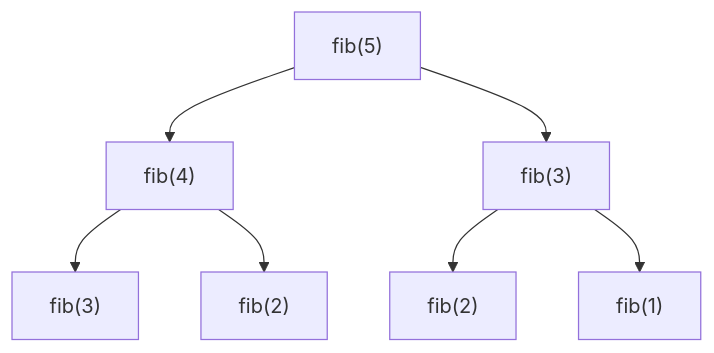
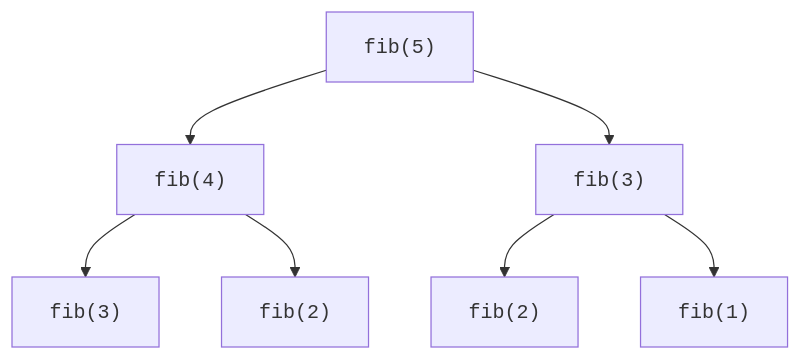
One commit to dataslope/dataslope changed the second of 5 diagrams in content/learn/mastering-dsa-cpp/dynamic-programming.mdx. Above: the diagram before and after it, drawn with Mermaid. The commit also changed other lines of this file and 218 other files, not shown here.

First line of the commit message:
Render code-only mermaid shapes in monospace; convert step sequences to Steps (#467)

````diff
--- a/content/learn/mastering-dsa-cpp/dynamic-programming.mdx
+++ b/content/learn/mastering-dsa-cpp/dynamic-programming.mdx
@@ -43,9 +43,9 @@
 ```mermaid
 graph TD
-    A["fib(5)"] --> B["fib(4)"]
-    A --> C["fib(3)"]
-    B --> D["fib(3)"]
-    B --> E["fib(2)"]
-    C --> F["fib(2)"]
-    C --> G["fib(1)"]
+    A["<code>fib(5)</code>"] --> B["<code>fib(4)</code>"]
+    A --> C["<code>fib(3)</code>"]
+    B --> D["<code>fib(3)</code>"]
+    B --> E["<code>fib(2)</code>"]
+    C --> F["<code>fib(2)</code>"]
+    C --> G["<code>fib(1)</code>"]
 ```
````
